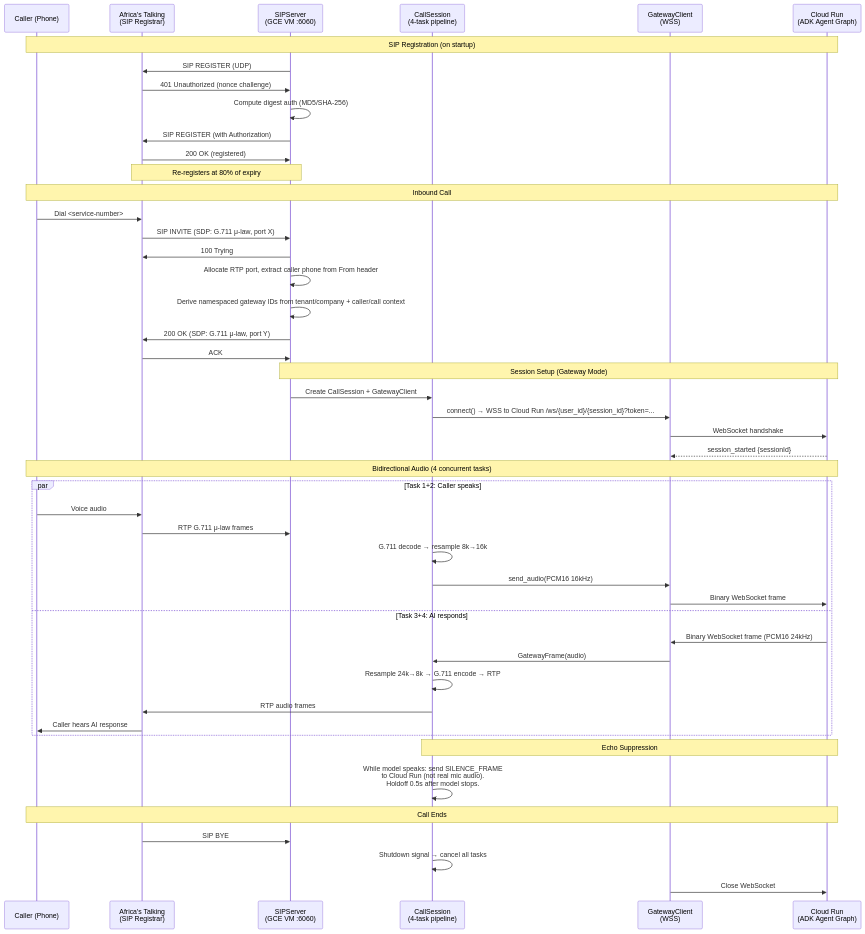
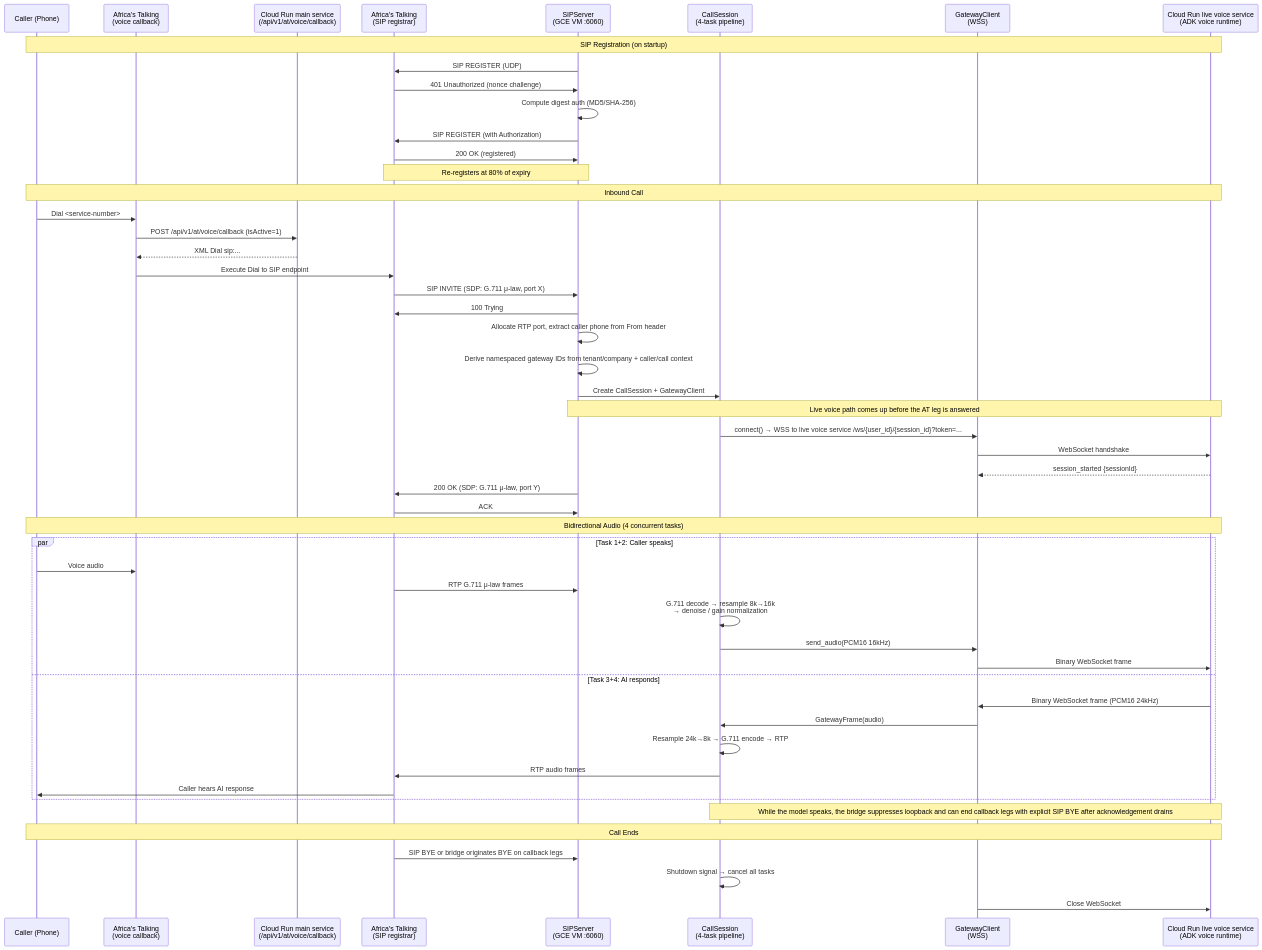
The second of 8 diagrams in docs/architecture/04-telephony.md (ogabasseyy/ekaette), drawn with Mermaid before and after one commit. The commit also changed other lines of this file and 12 other files, not shown here.

Commit message:
docs(architecture): align README and local docs with voice platform

````diff
--- a/docs/architecture/04-telephony.md
+++ b/docs/architecture/04-telephony.md
@@ -119,56 +125,60 @@
 ```mermaid
 sequenceDiagram
     participant CALLER as Caller (Phone)
-    participant AT as Africa's Talking<br/>(SIP Registrar)
+    participant ATC as Africa's Talking<br/>(voice callback)
+    participant MAIN as Cloud Run main service<br/>(/api/v1/at/voice/callback)
+    participant ATS as Africa's Talking<br/>(SIP registrar)
     participant SIP as SIPServer<br/>(GCE VM :6060)
     participant SESS as CallSession<br/>(4-task pipeline)
     participant GW as GatewayClient<br/>(WSS)
-    participant CR as Cloud Run<br/>(ADK Agent Graph)
+    participant LIVE as Cloud Run live voice service<br/>(ADK voice runtime)
 
-    Note over CALLER,CR: SIP Registration (on startup)
-    SIP->>AT: SIP REGISTER (UDP)
-    AT->>SIP: 401 Unauthorized (nonce challenge)
+    Note over CALLER,LIVE: SIP Registration (on startup)
+    SIP->>ATS: SIP REGISTER (UDP)
+    ATS->>SIP: 401 Unauthorized (nonce challenge)
     SIP->>SIP: Compute digest auth (MD5/SHA-256)
-    SIP->>AT: SIP REGISTER (with Authorization)
-    AT->>SIP: 200 OK (registered)
-    Note over SIP,AT: Re-registers at 80% of expiry
+    SIP->>ATS: SIP REGISTER (with Authorization)
+    ATS->>SIP: 200 OK (registered)
+    Note over SIP,ATS: Re-registers at 80% of expiry
 
-    Note over CALLER,CR: Inbound Call
-    CALLER->>AT: Dial <service-number>
-    AT->>SIP: SIP INVITE (SDP: G.711 μ-law, port X)
-    SIP->>AT: 100 Trying
+    Note over CALLER,LIVE: Inbound Call
+    CALLER->>ATC: Dial <service-number>
+    ATC->>MAIN: POST /api/v1/at/voice/callback (isActive=1)
+    MAIN-->>ATC: XML Dial sip:...
+    ATC->>ATS: Execute Dial to SIP endpoint
+    ATS->>SIP: SIP INVITE (SDP: G.711 μ-law, port X)
+    SIP->>ATS: 100 Trying
     SIP->>SIP: Allocate RTP port, extract caller phone from From header
     SIP->>SIP: Derive namespaced gateway IDs from tenant/company + caller/call context
-    SIP->>AT: 200 OK (SDP: G.711 μ-law, port Y)
-    AT->>SIP: ACK
+    SIP->>SESS: Create CallSession + GatewayClient
 
-    Note over SIP,CR: Session Setup (Gateway Mode)
-    SIP->>SESS: Create CallSession + GatewayClient
-    SESS->>GW: connect() → WSS to Cloud Run /ws/{user_id}/{session_id}?token=...
-    GW->>CR: WebSocket handshake
-    CR-->>GW: session_started {sessionId}
+    Note over SIP,LIVE: Live voice path comes up before the AT leg is answered
+    SESS->>GW: connect() → WSS to live voice service /ws/{user_id}/{session_id}?token=...
+    GW->>LIVE: WebSocket handshake
+    LIVE-->>GW: session_started {sessionId}
+    SIP->>ATS: 200 OK (SDP: G.711 μ-law, port Y)
+    ATS->>SIP: ACK
 
-    Note over CALLER,CR: Bidirectional Audio (4 concurrent tasks)
+    Note over CALLER,LIVE: Bidirectional Audio (4 concurrent tasks)
 
     par Task 1+2: Caller speaks
-        CALLER->>AT: Voice audio
-        AT->>SIP: RTP G.711 μ-law frames
-        SESS->>SESS: G.711 decode → resample 8k→16k
+        CALLER->>ATC: Voice audio
+        ATS->>SIP: RTP G.711 μ-law frames
+        SESS->>SESS: G.711 decode → resample 8k→16k<br/>→ denoise / gain normalization
         SESS->>GW: send_audio(PCM16 16kHz)
-        GW->>CR: Binary WebSocket frame
+        GW->>LIVE: Binary WebSocket frame
     and Task 3+4: AI responds
-        CR->>GW: Binary WebSocket frame (PCM16 24kHz)
+        LIVE->>GW: Binary WebSocket frame (PCM16 24kHz)
         GW->>SESS: GatewayFrame(audio)
         SESS->>SESS: Resample 24k→8k → G.711 encode → RTP
-        SESS->>AT: RTP audio frames
-        AT->>CALLER: Caller hears AI response
+        SESS->>ATS: RTP audio frames
+        ATS->>CALLER: Caller hears AI response
     end
 
-    Note over SESS,CR: Echo Suppression
-    SESS->>SESS: While model speaks: send SILENCE_FRAME<br/>to Cloud Run (not real mic audio).<br/>Holdoff 0.5s after model stops.
+    Note over SESS,LIVE: While the model speaks, the bridge suppresses loopback and can end callback legs with explicit SIP BYE after acknowledgement drains
 
-    Note over CALLER,CR: Call Ends
-    AT->>SIP: SIP BYE
+    Note over CALLER,LIVE: Call Ends
+    ATS->>SIP: SIP BYE or bridge originates BYE on callback legs
     SESS->>SESS: Shutdown signal → cancel all tasks
-    GW->>CR: Close WebSocket
+    GW->>LIVE: Close WebSocket
 ```
````
